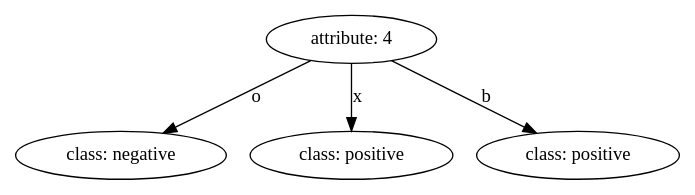
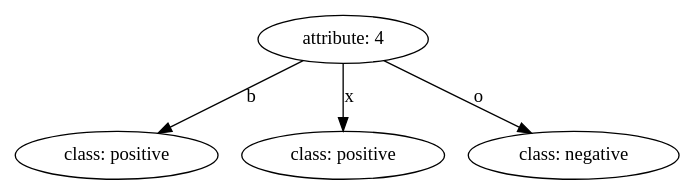
Before and after one commit to 11D-Beyonder/Machine-Learning-Coursework: the diagram in decision_tree/submit/image/pre_pruning-Gini_index-tic-tac-toe.gv, drawn with Graphviz. The commit also changed 104 other files, not shown here.

```diff
--- a/decision_tree/submit/image/pre_pruning-Gini_index-tic-tac-toe.gv
+++ b/decision_tree/submit/image/pre_pruning-Gini_index-tic-tac-toe.gv
@@ -1,9 +1,9 @@
 digraph {
 	1 [label="attribute: 4"]
-	1 -> 2 [label=o]
-	2 [label="class: negative"]
+	1 -> 2 [label=b]
+	2 [label="class: positive"]
 	1 -> 3 [label=x]
 	3 [label="class: positive"]
-	1 -> 4 [label=b]
-	4 [label="class: positive"]
+	1 -> 4 [label=o]
+	4 [label="class: negative"]
 }
```
